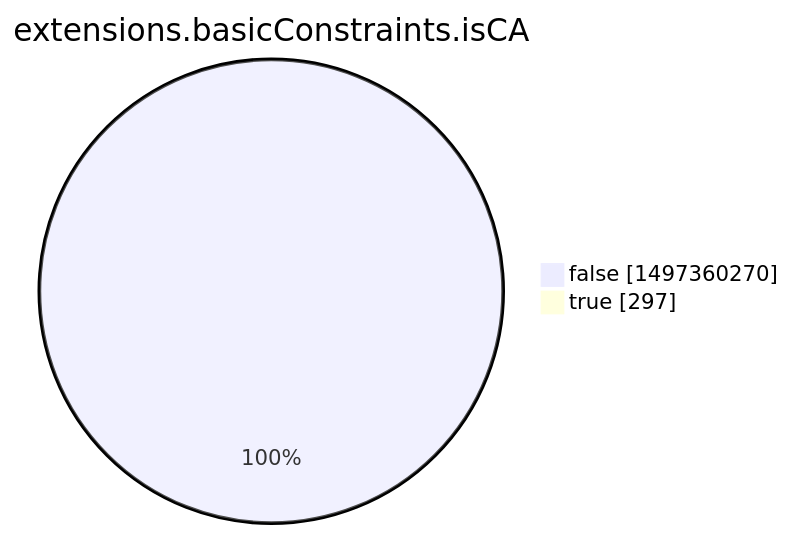
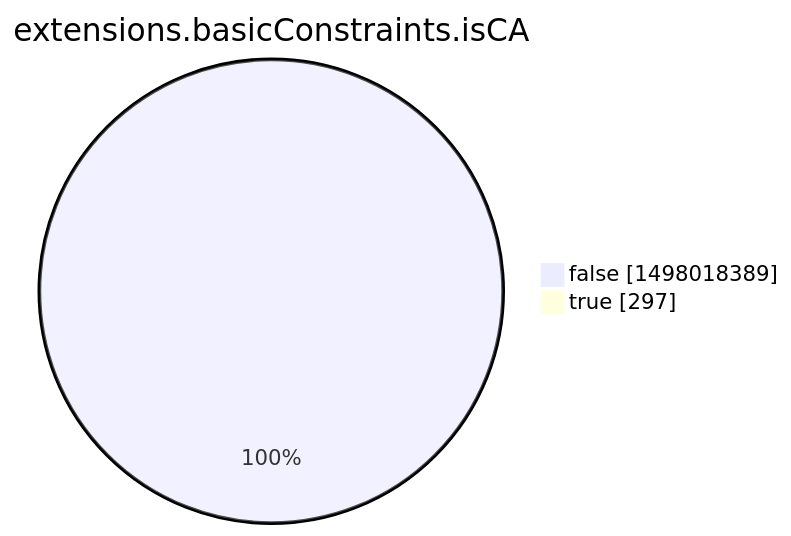
One commit to christiankrug/ctmonitor_visualization changed the eighth of 15 diagrams in argon2022/README.md. Above: the diagram before and after it, drawn with Mermaid. The commit also changed other lines of this file, not shown here.

````diff
--- a/argon2022/README.md
+++ b/argon2022/README.md
@@ -2760,6 +2760,6 @@
 ```mermaid
 pie showData
 title extensions.basicConstraints.isCA
-"false" :1497360270
+"false" :1498018389
 "true" :297
 ```
````
